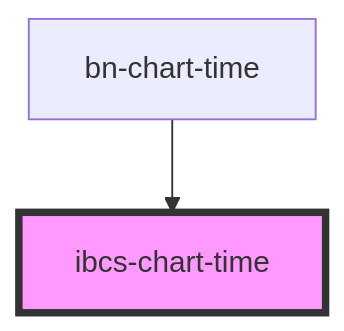
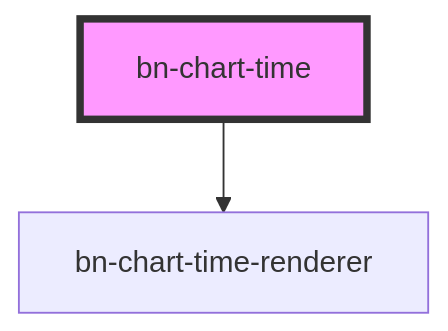
One commit to bino-bi/bn-template-engine changed the diagram in src/components/bn-chart-time/readme.md. Above: the diagram before and after it, drawn with Mermaid. The commit also changed other lines of this file and 263 other files, not shown here.

````diff
--- a/src/components/bn-chart-time/readme.md
+++ b/src/components/bn-chart-time/readme.md
@@ -219,5 +231,5 @@
 ```mermaid
 graph TD;
-  bn-chart-time --> ibcs-chart-time
-  style ibcs-chart-time fill:#f9f,stroke:#333,stroke-width:4px
+  bn-chart-time --> bn-chart-time-renderer
+  style bn-chart-time fill:#f9f,stroke:#333,stroke-width:4px
 ```
````
